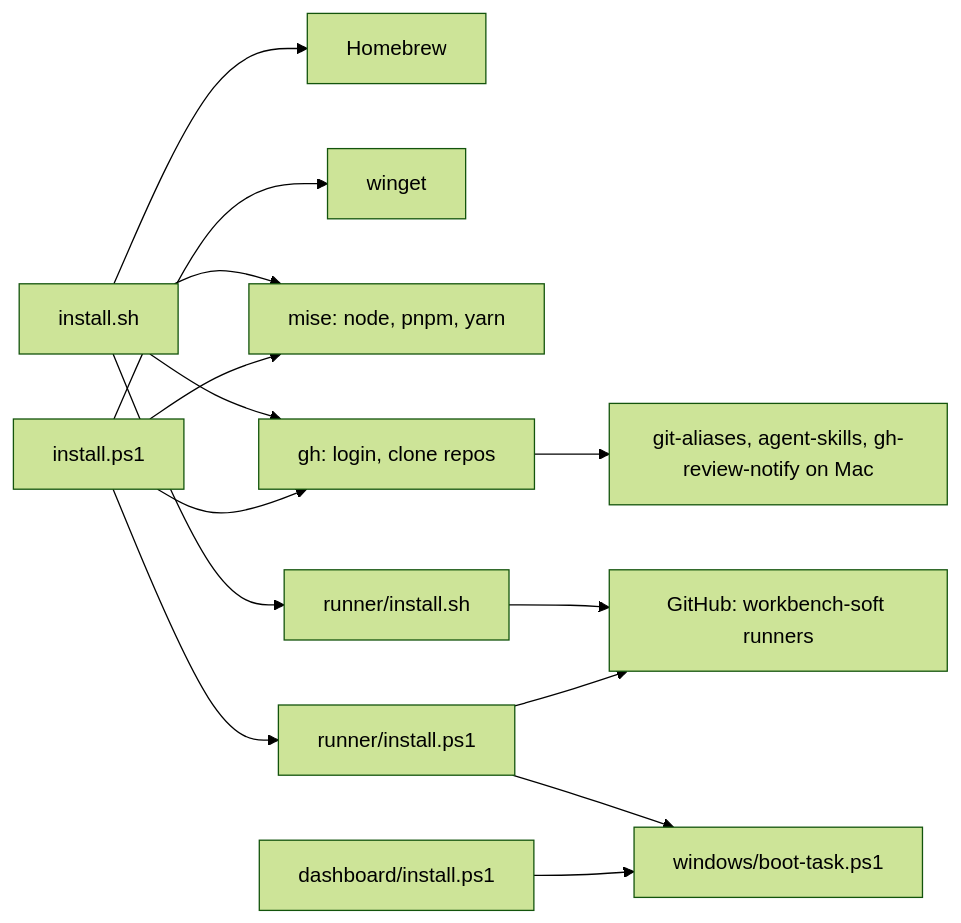
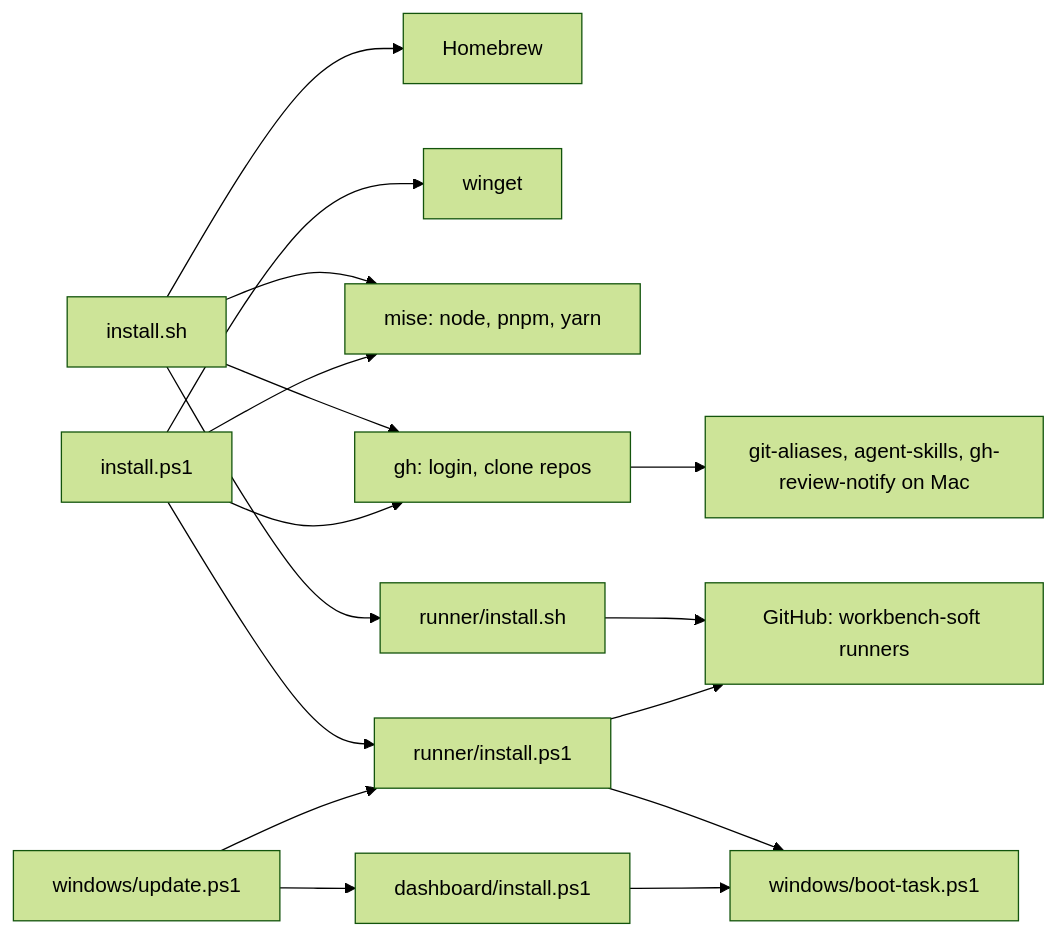
The first of 4 diagrams in docs/architecture.md (workbench-soft/local-ci), drawn with Mermaid (forest theme) before and after one commit. The commit also changed other lines of this file and 8 other files, not shown here.

````diff
--- a/docs/architecture.md
+++ b/docs/architecture.md
@@ -26,12 +31,13 @@
 ```mermaid
 flowchart LR
   sh[install.sh] --> brew[Homebrew]
   ps[install.ps1] --> winget[winget]
   sh & ps --> mise[mise: node, pnpm, yarn]
   sh & ps --> gh[gh: login, clone repos]
   gh --> repos[git-aliases, agent-skills, gh-review-notify on Mac]
   sh --> rsh[runner/install.sh]
   ps --> rps[runner/install.ps1]
   rps & dps[dashboard/install.ps1] --> boot[windows/boot-task.ps1]
+  upd[windows/update.ps1] --> dps & rps
   rsh & rps --> gha[GitHub: workbench-soft runners]
 ```
````
